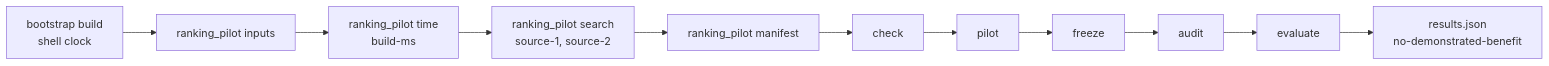
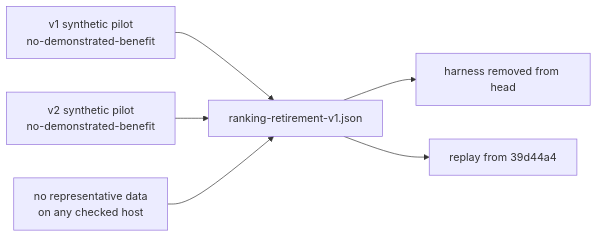
The diagram in docs/archive/pr-summaries/pr-summary-261.md (stSoftwareAU/NEAT-AI-Ockham), drawn with Mermaid before and after one commit. The commit also changed other lines of this file and 19 other files, not shown here.

First line of the commit message:
Retire the opt-in ranking research harness (Issue #261)

````diff
--- a/docs/archive/pr-summaries/pr-summary-261.md
+++ b/docs/archive/pr-summaries/pr-summary-261.md
@@ -56,9 +59,8 @@
 ```mermaid
 flowchart LR
-    B[bootstrap build<br/>shell clock] --> I[ranking_pilot inputs]
-    I --> T[ranking_pilot time<br/>build-ms]
-    T --> S[ranking_pilot search<br/>source-1, source-2]
-    S --> M[ranking_pilot manifest]
-    M --> C[check] --> P[pilot] --> F[freeze] --> A[audit] --> E[evaluate]
-    E --> R[results.json<br/>no-demonstrated-benefit]
+    P1[v1 synthetic pilot<br/>no-demonstrated-benefit] --> D[ranking-retirement-v1.json]
+    P2[v2 synthetic pilot<br/>no-demonstrated-benefit] --> D
+    A[no representative data<br/>on any checked host] --> D
+    D --> R[harness removed from head]
+    D --> K[replay from 39d44a4]
 ```
````
